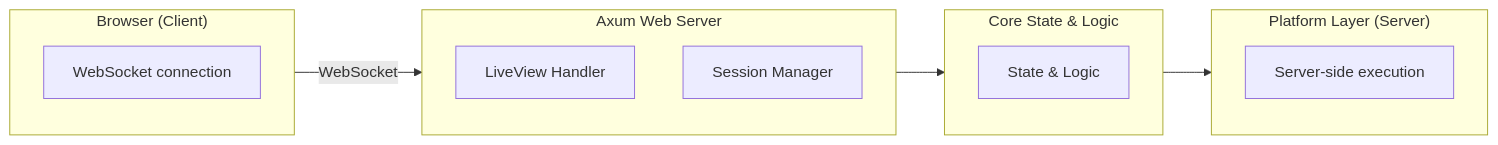
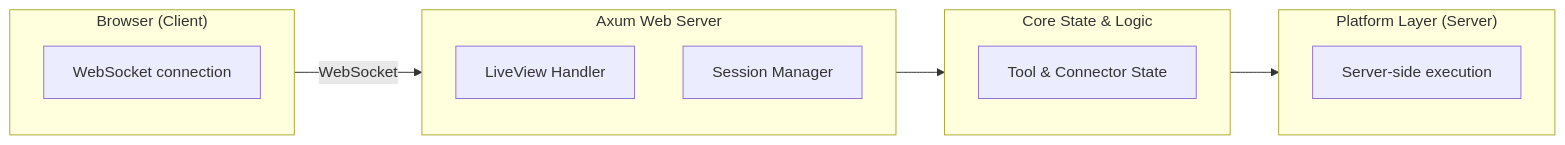
The third of 7 diagrams in src/content/docs/pick/architecture.mdx (Strike48-public/strike48-labs), drawn with Mermaid before and after one commit. The commit also changed other lines of this file, not shown here.

First line of the commit message:
Fix mermaid subgraph label overflow on Pick architecture page

````diff
--- a/src/content/docs/pick/architecture.mdx
+++ b/src/content/docs/pick/architecture.mdx
@@ -199,17 +197,17 @@
 ```mermaid
 flowchart LR
     subgraph Browser ["Browser (Client)"]
         WS["WebSocket connection"]
     end
     subgraph Axum ["Axum Web Server"]
         LV["LiveView Handler"]
         SM["Session Manager"]
     end
     subgraph Core ["Core State & Logic"]
-        CS["State & Logic"]
+        CS["Tool & Connector State"]
     end
     subgraph Platform ["Platform Layer (Server)"]
         SE["Server-side execution"]
     end
     Browser -- "WebSocket" --> Axum --> Core --> Platform
 ```
````
